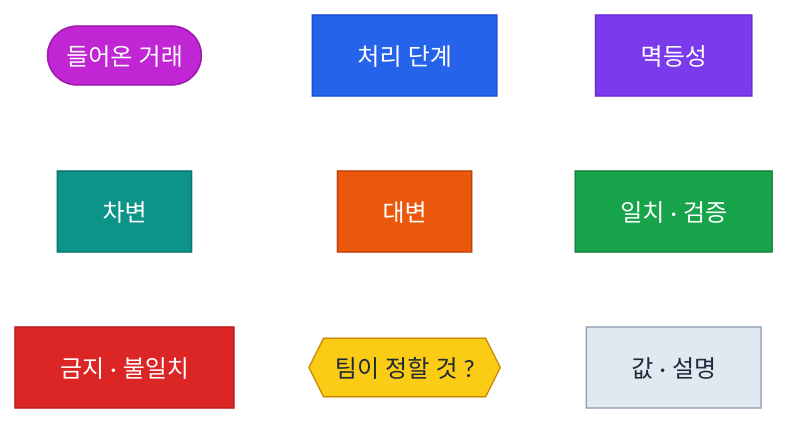
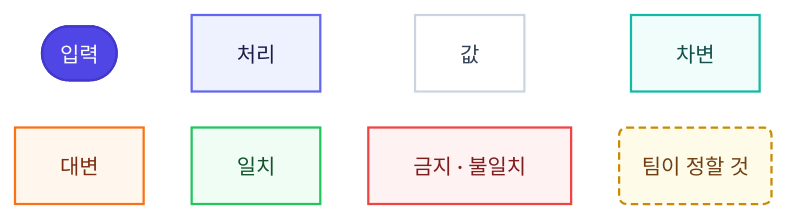
The first of 7 diagrams in docs/primer.md (CCAFY/core-banking), drawn with Mermaid before and after one commit. The commit also changed other lines of this file, not shown here.

````diff
--- a/docs/primer.md
+++ b/docs/primer.md
@@ -10,27 +8,15 @@
 ```mermaid
-%%{init: {"theme": "base", "themeVariables": {"lineColor": "#64748B", "edgeLabelBackground": "#F8FAFC", "clusterBkg": "#F8FAFC", "clusterBorder": "#94A3B8", "titleColor": "#0F172A", "textColor": "#0F172A"}}}%%
+%%{init: {"theme": "base", "themeVariables": {"fontSize": "14px", "lineColor": "#94A3B8", "textColor": "#334155", "edgeLabelBackground": "#FFFFFF", "clusterBkg": "#F8FAFC", "clusterBorder": "#E2E8F0", "titleColor": "#475569"}, "flowchart": {"curve": "linear", "nodeSpacing": 24, "rankSpacing": 32}}}%%
 flowchart LR
-    classDef event  fill:#C026D3,stroke:#A21CAF,color:#FFFFFF
-    classDef step   fill:#2563EB,stroke:#1D4ED8,color:#FFFFFF
-    classDef idem   fill:#7C3AED,stroke:#6D28D9,color:#FFFFFF
-    classDef debit  fill:#0D9488,stroke:#0F766E,color:#FFFFFF
-    classDef credit fill:#EA580C,stroke:#C2410C,color:#FFFFFF
-    classDef ok     fill:#16A34A,stroke:#15803D,color:#FFFFFF
-    classDef danger fill:#DC2626,stroke:#B91C1C,color:#FFFFFF
-    classDef decide fill:#FACC15,stroke:#CA8A04,color:#1F2937
-    classDef note   fill:#E2E8F0,stroke:#94A3B8,color:#1E293B
+    classDef input  fill:#4F46E5,stroke:#4338CA,stroke-width:1.5px,color:#FFFFFF
+    classDef step   fill:#EEF2FF,stroke:#6366F1,stroke-width:1.5px,color:#1E1B4B
+    classDef value  fill:#FFFFFF,stroke:#CBD5E1,stroke-width:1.5px,color:#334155
+    classDef debit  fill:#F0FDFA,stroke:#14B8A6,stroke-width:1.5px,color:#134E4A
+    classDef credit fill:#FFF7ED,stroke:#F97316,stroke-width:1.5px,color:#7C2D12
+    classDef ok     fill:#F0FDF4,stroke:#22C55E,stroke-width:1.5px,color:#14532D
+    classDef danger fill:#FEF2F2,stroke:#EF4444,stroke-width:1.5px,color:#7F1D1D
+    classDef open   fill:#FEFCE8,stroke:#CA8A04,stroke-width:1.5px,stroke-dasharray:5 3,color:#713F12
 
-    L1(["들어온 거래"]):::event
-    L2["처리 단계"]:::step
-    L3["멱등성"]:::idem
-    L4["차변"]:::debit
-    L5["대변"]:::credit
-    L6["일치 · 검증"]:::ok
-    L7["금지 · 불일치"]:::danger
-    L8{{"팀이 정할 것 ?"}}:::decide
-    L9["값 · 설명"]:::note
-
-    L1 ~~~ L2 ~~~ L3
-    L4 ~~~ L5 ~~~ L6
-    L7 ~~~ L8 ~~~ L9
+    L1(["입력"]):::input ~~~ L2["처리"]:::step ~~~ L3["값"]:::value ~~~ L4["차변"]:::debit
+    L5["대변"]:::credit ~~~ L6["일치"]:::ok ~~~ L7["금지 · 불일치"]:::danger ~~~ L8("팀이 정할 것"):::open
 ```
````
